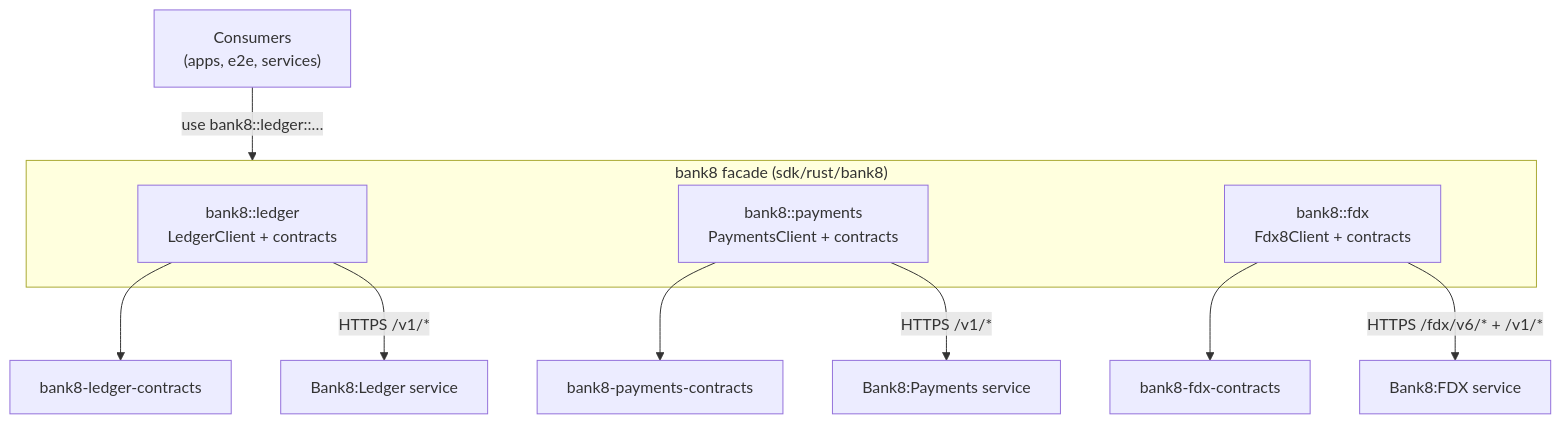
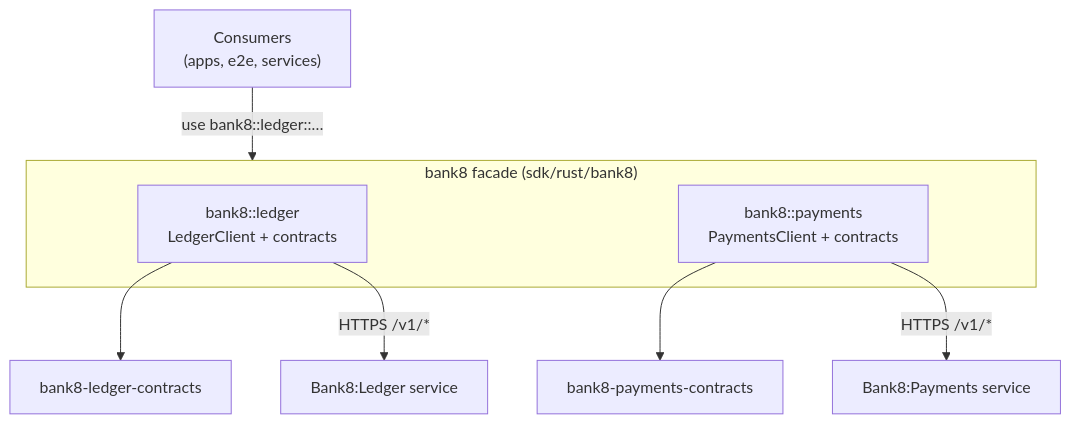
Before and after one commit to Bank8-dev/bank8-sdk: the diagram in facade/README.md, drawn with Mermaid. The commit also changed other lines of this file and 9 other files, not shown here.

First line of the commit message:
refactor(FDXNAME-1): the open-banking vertical is OpenFin8 - the retired bank8-fdx name purged tree-wide

````diff
--- a/facade/README.md
+++ b/facade/README.md
@@ -30,15 +31,12 @@
 ```mermaid
 graph TD
     APP["Consumers<br/>(apps, e2e, services)"] -->|"use bank8::ledger::…"| F["bank8 facade"]
     subgraph F["bank8 facade (sdk/rust/bank8)"]
         L["bank8::ledger<br/>LedgerClient + contracts"]
         P["bank8::payments<br/>PaymentsClient + contracts"]
-        X["bank8::fdx<br/>Fdx8Client + contracts"]
     end
     L --> LC["bank8-ledger-contracts"]
     P --> PC["bank8-payments-contracts"]
-    X --> XC["bank8-fdx-contracts"]
     L -- "HTTPS /v1/*" --> LSVC["Bank8:Ledger service"]
     P -- "HTTPS /v1/*" --> PSVC["Bank8:Payments service"]
-    X -- "HTTPS /fdx/v6/* + /v1/*" --> XSVC["Bank8:FDX service"]
 ```
````
